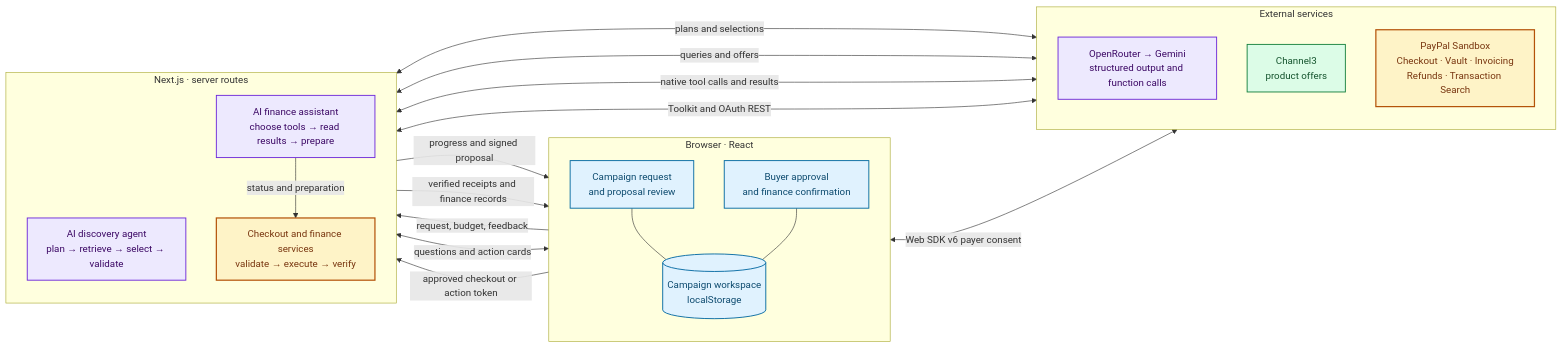
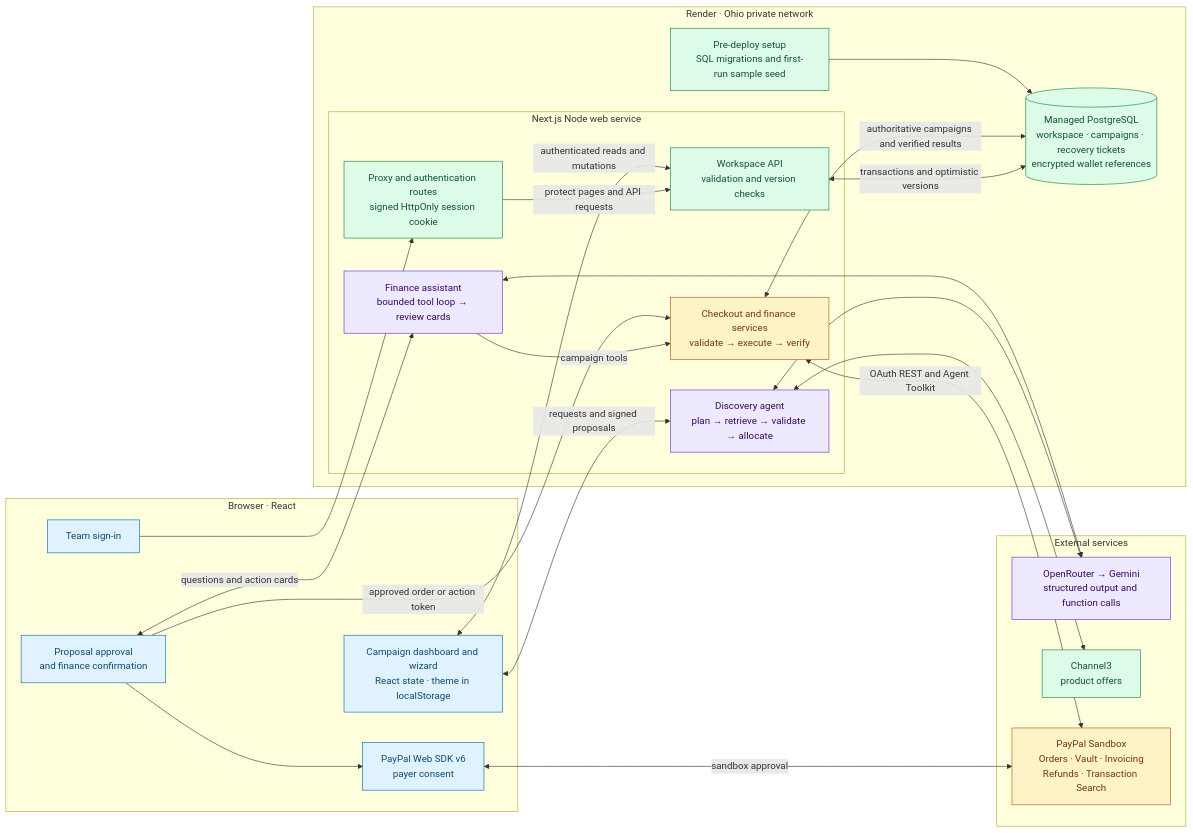
The diagram in README.md (kayak379/Prova-PayPal-Hackathon), drawn with Mermaid before and after one commit. The commit also changed other lines of this file and 6 other files, not shown here.

Commit message:
Document Render architecture and add deployment configuration and checks

````diff
--- a/README.md
+++ b/README.md
@@ -8,46 +10,53 @@
 ```mermaid
 flowchart LR
     subgraph Browser["Browser · React"]
-        direction TB
-        Request["Campaign request<br/>and proposal review"]
-        Approval["Buyer approval<br/>and finance confirmation"]
-        Workspace[("Campaign workspace<br/>localStorage")]
+        Login["Team sign-in"]
+        Workspace["Campaign dashboard and wizard<br/>React state · theme in localStorage"]
+        Approval["Proposal approval<br/>and finance confirmation"]
+        SDK["PayPal Web SDK v6<br/>payer consent"]
     end
 
-    subgraph Server["Next.js · server routes"]
-        direction TB
-        Discovery["AI discovery agent<br/>plan → retrieve → select → validate"]
-        Assistant["AI finance assistant<br/>choose tools → read results → prepare"]
-        Payments["Checkout and finance services<br/>validate → execute → verify"]
+    subgraph Render["Render · Ohio private network"]
+        subgraph Web["Next.js Node web service"]
+            Auth["Proxy and authentication routes<br/>signed HttpOnly session cookie"]
+            API["Workspace API<br/>validation and version checks"]
+            Discovery["Discovery agent<br/>plan → retrieve → validate → allocate"]
+            Assistant["Finance assistant<br/>bounded tool loop → review cards"]
+            Payments["Checkout and finance services<br/>validate → execute → verify"]
+        end
+        Database[("Managed PostgreSQL<br/>workspace · campaigns · recovery tickets<br/>encrypted wallet references")]
+        Setup["Pre-deploy setup<br/>SQL migrations and first-run sample seed"]
     end
 
     subgraph Providers["External services"]
-        direction TB
         Models["OpenRouter → Gemini<br/>structured output and function calls"]
         Catalog["Channel3<br/>product offers"]
-        PayPal["PayPal Sandbox<br/>Checkout · Vault · Invoicing<br/>Refunds · Transaction Search"]
+        PayPal["PayPal Sandbox<br/>Orders · Vault · Invoicing<br/>Refunds · Transaction Search"]
     end
 
-    Request -->|"request, budget, feedback"| Discovery
-    Discovery -->|"progress and signed proposal"| Request
-    Discovery <-->|"plans and selections"| Models
-    Discovery <-->|"queries and offers"| Catalog
-    Request --- Workspace
-    Approval --- Workspace
+    Login --> Auth
+    Auth -->|"protect pages and API requests"| API
+    Workspace <-->|"authenticated reads and mutations"| API
+    API <-->|"transactions and optimistic versions"| Database
+    Workspace <-->|"requests and signed proposals"| Discovery
+    Discovery <--> Models
+    Discovery <--> Catalog
     Approval <-->|"questions and action cards"| Assistant
-    Assistant <-->|"native tool calls and results"| Models
-    Assistant -->|"status and preparation"| Payments
-    Approval -->|"approved checkout or action token"| Payments
-    Payments <-->|"Toolkit and OAuth REST"| PayPal
-    Approval <-->|"Web SDK v6 payer consent"| PayPal
-    Payments -->|"verified receipts and finance records"| Approval
+    Assistant <--> Models
+    Assistant -->|"campaign tools"| Payments
+    Approval -->|"approved order or action token"| Payments
+    Payments <-->|"authoritative campaigns and verified results"| Database
+    Payments <-->|"OAuth REST and Agent Toolkit"| PayPal
+    Approval --> SDK
+    SDK <-->|"sandbox approval"| PayPal
+    Setup --> Database
 
-    classDef browser fill:#e0f2fe,stroke:#0369a1,color:#0c4a6e,stroke-width:1.5px
-    classDef agent fill:#ede9fe,stroke:#6d28d9,color:#3b0764,stroke-width:1.5px
-    classDef service fill:#dcfce7,stroke:#15803d,color:#14532d,stroke-width:1.5px
-    classDef payment fill:#fef3c7,stroke:#b45309,color:#78350f,stroke-width:2px
-    class Request,Approval,Workspace browser
+    classDef browser fill:#e0f2fe,stroke:#0369a1,color:#0c4a6e
+    classDef agent fill:#ede9fe,stroke:#6d28d9,color:#3b0764
+    classDef service fill:#dcfce7,stroke:#15803d,color:#14532d
+    classDef payment fill:#fef3c7,stroke:#b45309,color:#78350f
+    class Login,Workspace,Approval,SDK browser
     class Discovery,Assistant,Models agent
-    class Catalog service
+    class Auth,API,Database,Setup,Catalog service
     class Payments,PayPal payment
 ```
````
